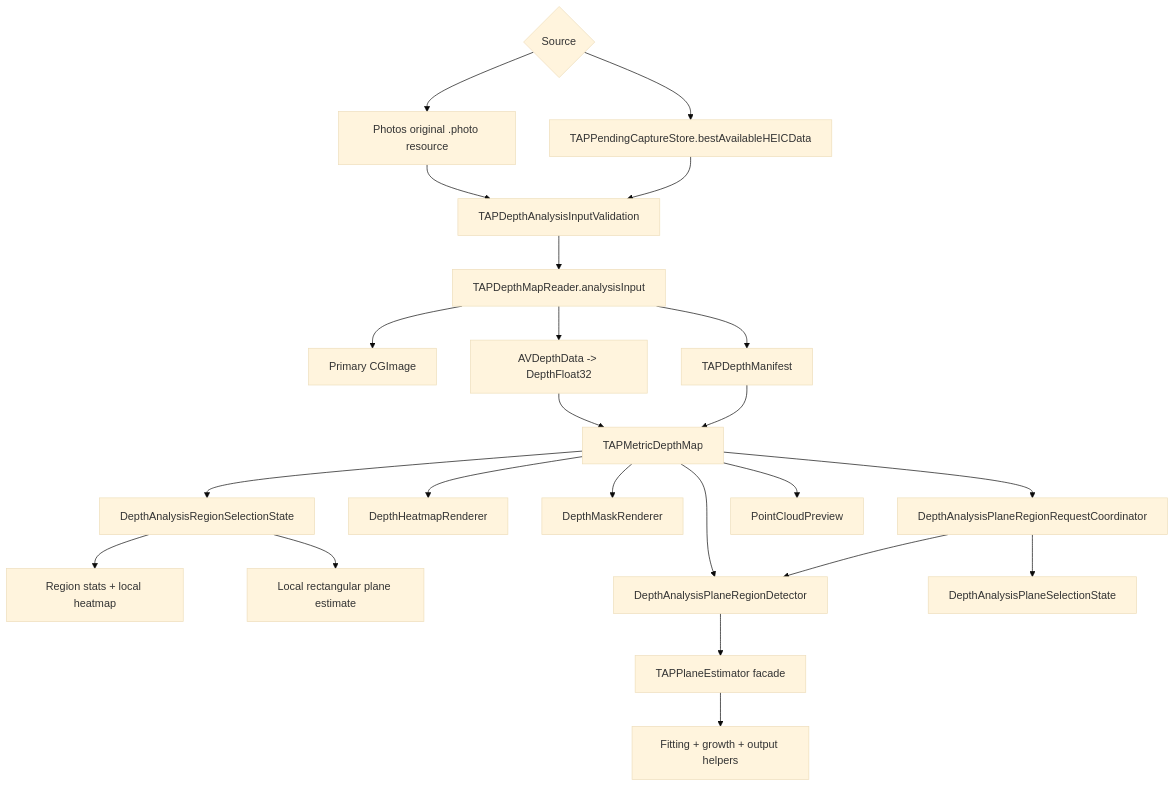
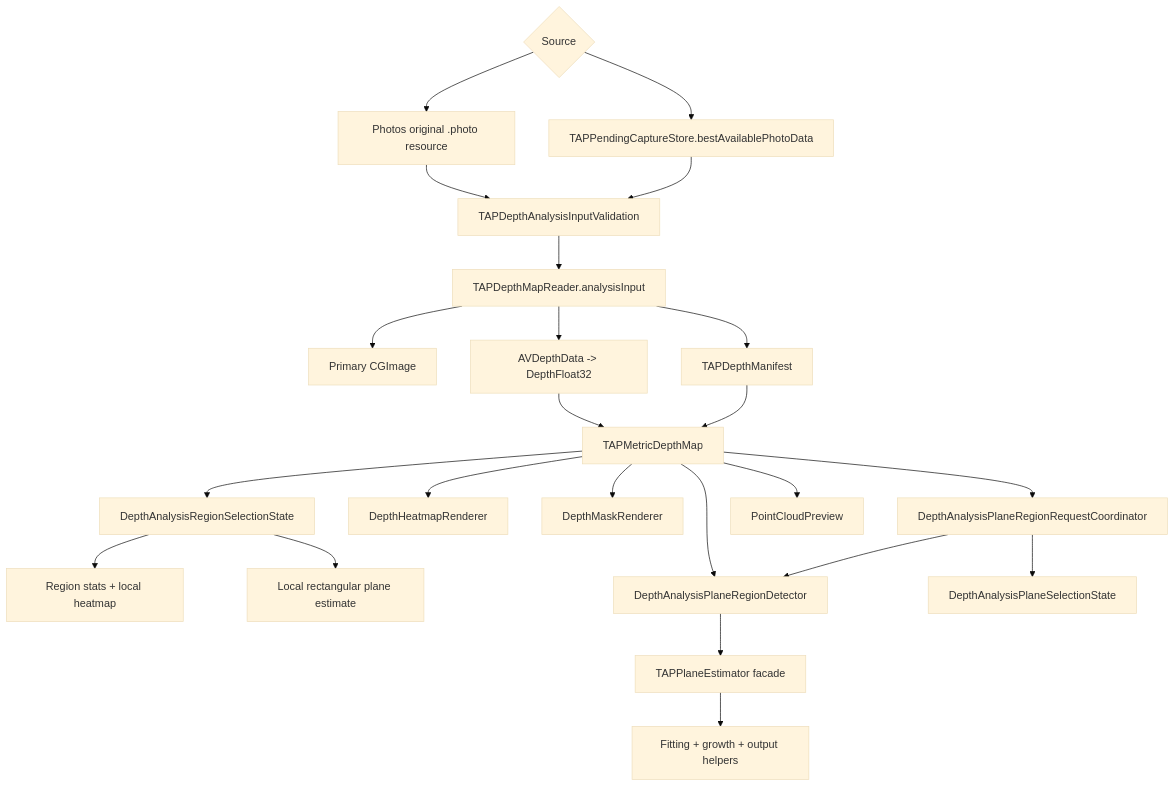
One commit to TAP-NAP/TAPCamDemo changed the first of 3 diagrams in TAPCamDemo/DepthAnalysis/README.md. Above: the diagram before and after it, drawn with Mermaid (base theme). The commit also changed other lines of this file and 75 other files, not shown here.

Commit message:
Refine capture and diagnostics flow

````diff
--- a/TAPCamDemo/DepthAnalysis/README.md
+++ b/TAPCamDemo/DepthAnalysis/README.md
@@ -328,38 +329,38 @@
 ```mermaid
 flowchart TD
     Source{"Source"} --> Photos["Photos original .photo resource"]
-    Source --> Pending["TAPPendingCaptureStore.bestAvailableHEICData"]
+    Source --> Pending["TAPPendingCaptureStore.bestAvailablePhotoData"]
     Photos --> Validation["TAPDepthAnalysisInputValidation"]
     Pending --> Validation
     Validation --> Reader["TAPDepthMapReader.analysisInput"]
     Reader --> Image["Primary CGImage"]
     Reader --> Depth["AVDepthData -> DepthFloat32"]
     Reader --> Manifest["TAPDepthManifest"]
     Depth --> Metric["TAPMetricDepthMap"]
     Manifest --> Metric
     Metric --> RegionState["DepthAnalysisRegionSelectionState"]
     RegionState --> RegionStats["Region stats + local heatmap"]
     RegionState --> RegionPlane["Local rectangular plane estimate"]
     Metric --> Heatmap["DepthHeatmapRenderer"]
     Metric --> Mask["DepthMaskRenderer"]
     Metric --> Detector["DepthAnalysisPlaneRegionDetector"]
     Metric --> RequestCoordinator["DepthAnalysisPlaneRegionRequestCoordinator"]
     RequestCoordinator --> Detector
     RequestCoordinator --> PlaneState["DepthAnalysisPlaneSelectionState"]
     Detector --> Plane["TAPPlaneEstimator facade"]
     Plane --> PlaneHelpers["Fitting + growth + output helpers"]
     Metric --> Cloud["PointCloudPreview"]
 
     click Validation "DepthAnalysisInputValidation.swift"
     click Reader "DepthAnalysisReader.swift"
     click Metric "DepthAnalysisModels.swift"
     click RegionState "DepthAnalysisRegionSelectionState.swift"
     click Detector "DepthAnalysisPlaneRegionDetector.swift"
     click RequestCoordinator "DepthAnalysisPlaneRegionRequestCoordinator.swift"
     click PlaneState "DepthAnalysisPlaneSelectionState.swift"
     click Heatmap "AnalysisTools/DepthHeatmapRenderer.swift"
     click Mask "AnalysisTools/DepthMaskRenderer.swift"
     click Plane "AnalysisTools/DepthPlaneEstimator.swift"
     click PlaneHelpers "AnalysisTools/README.md"
     click Cloud "AnalysisTools/DepthPointCloudPreview.swift"
 ```
````
